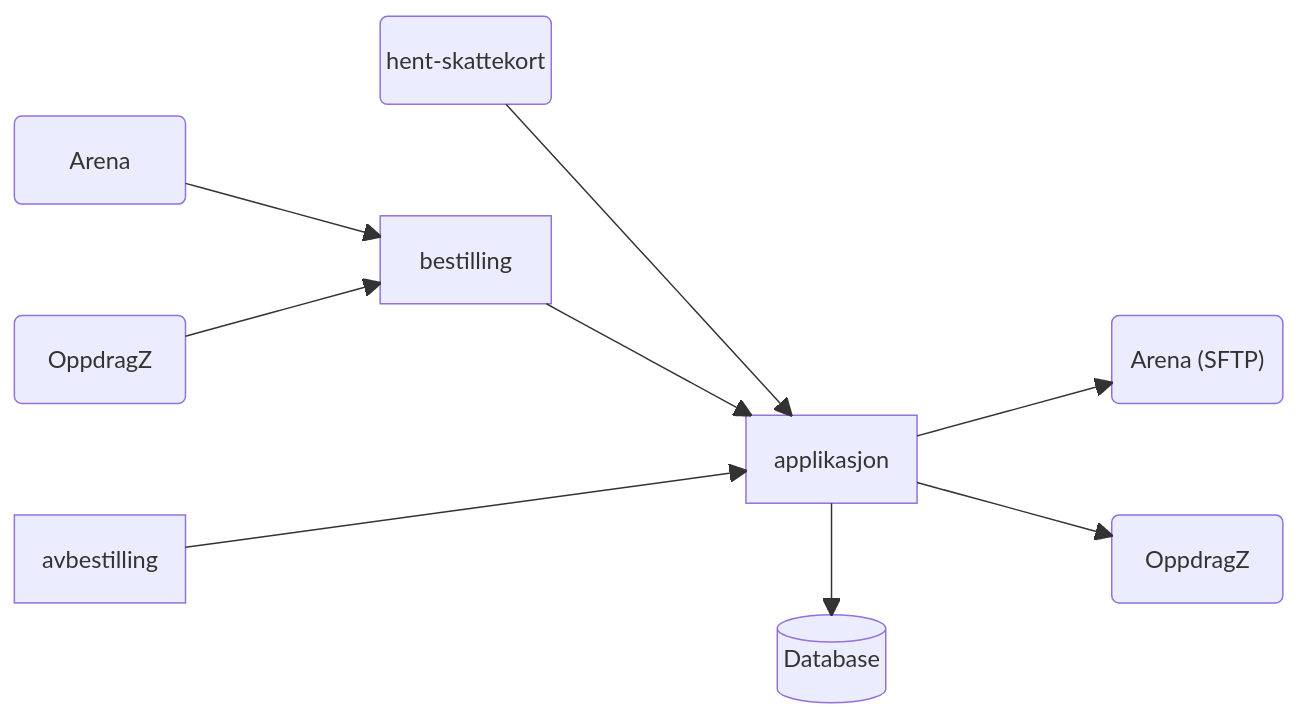
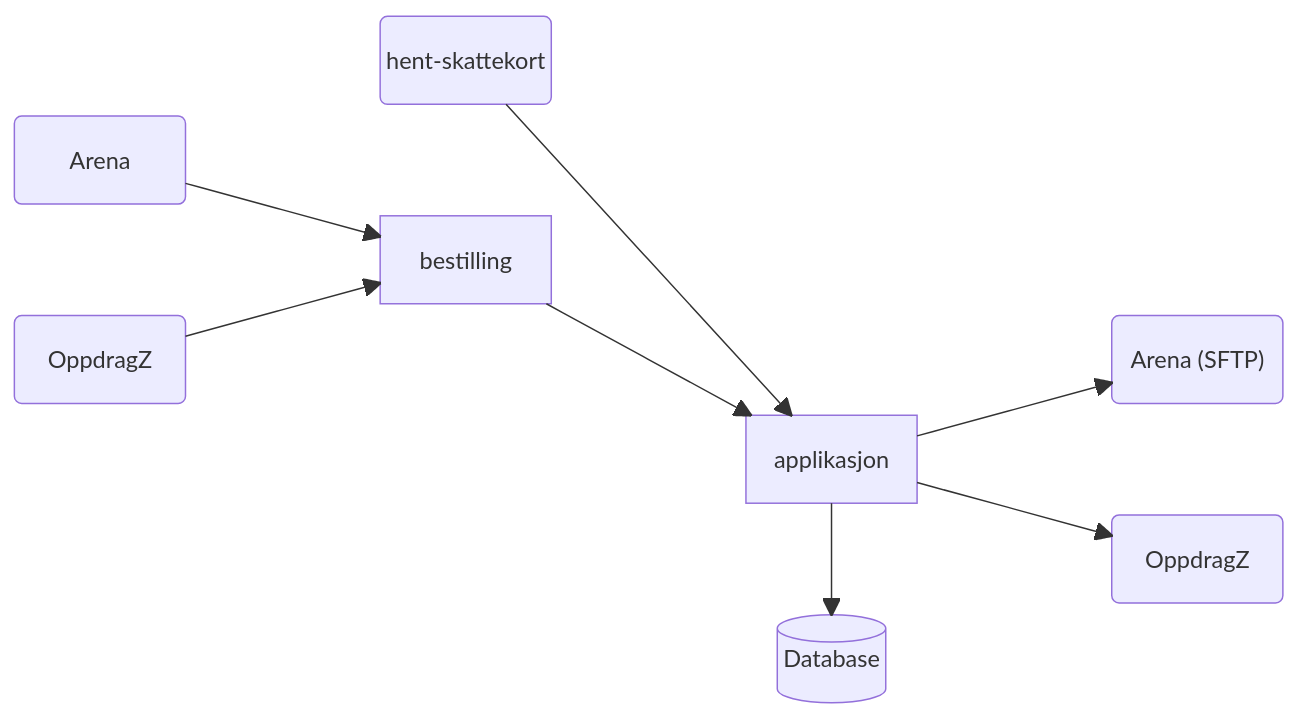
Before and after one commit to navikt/sokos-skattekort: the second of 5 diagrams in README.md, drawn with Mermaid. The commit also changed other lines of this file and 10 other files, not shown here.

````diff
--- a/README.md
+++ b/README.md
@@ -49,20 +79,19 @@
 ```mermaid
 block-beta
     columns 7
     space              space        hent("hent-skattekort") space space             space space
     Arena_inn("Arena") space        space      space space             space space
     space              space        bestilling space space             space space 
     OS_inn("OppdragZ") space        space      space space             space Arena("Arena (SFTP)")
     space              space        space      space applikasjon       space space 
-    avbestilling       space        space      space space             space OS("OppdragZ")
+    space              space        space      space space             space OS("OppdragZ")
     space              space        space      space db[("Database")]  space space 
     Arena_inn --> bestilling
     OS_inn --> bestilling
     space bestilling --> applikasjon
-    space avbestilling --> applikasjon
     space applikasjon --> Arena
     space applikasjon --> OS
     space applikasjon --> db
     hent --> applikasjon
 
 ```
````
